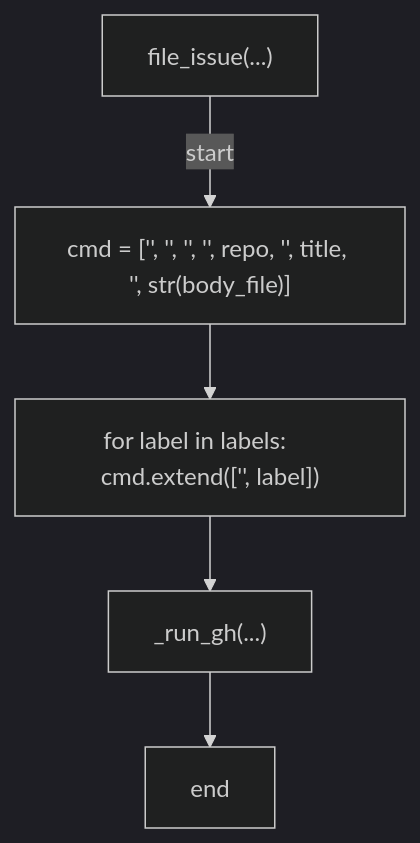
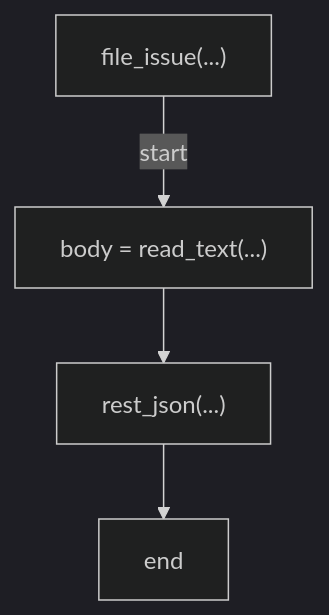
One commit to tvna/claude-md changed diagram 25 of 38 in docs/generated/scripts/ast/ruleset_drift.md. Above: the diagram before and after it, drawn with Mermaid (dark theme). The commit also changed other lines of this file and 15 other files, not shown here.

First line of the commit message:
docs(generated): regenerate decision tree and workflow diagrams

````diff
--- a/docs/generated/scripts/ast/ruleset_drift.md
+++ b/docs/generated/scripts/ast/ruleset_drift.md
@@ -316,12 +316,10 @@
 ```mermaid
 flowchart TD
     N001["file_issue(...)"]
-    N002["cmd = ['<str>', '<str>', '<str>', '<str>', repo, '<str>', title, '<str>', str(body_file)]"]
-    N003["for label in labels:     cmd.extend(['<str>', label])"]
-    N004["_run_gh(...)"]
-    N005["end"]
+    N002["body = read_text(...)"]
+    N003["rest_json(...)"]
+    N004["end"]
     N001 -->|"start"| N002
     N002 --> N003
     N003 --> N004
-    N004 --> N005
 ```
````
